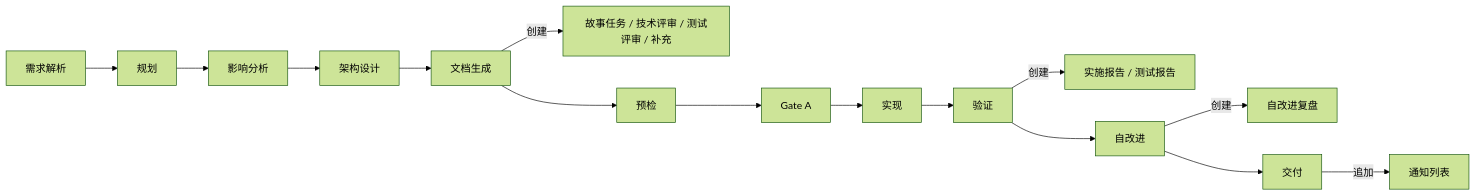
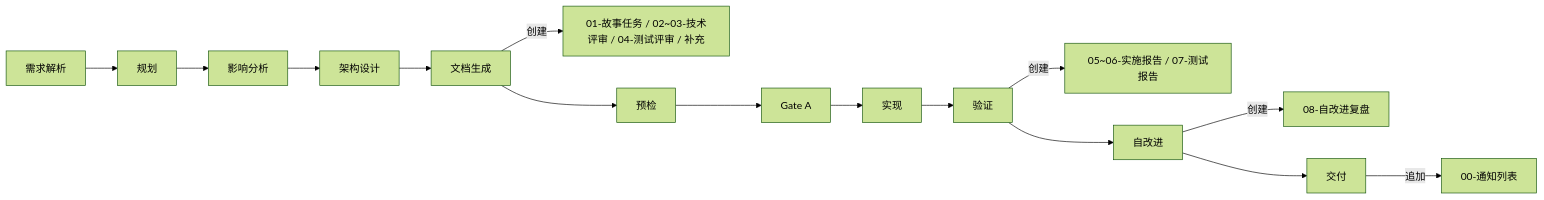
Before and after one commit to effiy/YrY: the second of 3 diagrams in skills/rui/coder.md, drawn with Mermaid (forest theme). The commit also changed other lines of this file and 7 other files, not shown here.

````diff
--- a/skills/rui/coder.md
+++ b/skills/rui/coder.md
@@ -111,9 +115,9 @@
 ```mermaid
 flowchart LR
   A[需求解析] --> B[规划] --> C[影响分析] --> D[架构设计] --> E[文档生成]
-  E -->|创建| E1[故事任务 / 技术评审 / 测试评审 / 补充]
+  E -->|创建| E1[01-故事任务 / 02~03-技术评审 / 04-测试评审 / 补充]
   E --> F[预检] --> G[Gate A] --> H[实现] --> I[验证]
-  I -->|创建| I1[实施报告 / 测试报告]
-  I --> J[自改进] -->|创建| J1[自改进复盘]
-  J --> K[交付] -->|追加| K1[通知列表]
+  I -->|创建| I1[05~06-实施报告 / 07-测试报告]
+  I --> J[自改进] -->|创建| J1[08-自改进复盘]
+  J --> K[交付] -->|追加| K1[00-通知列表]
 ```
````
